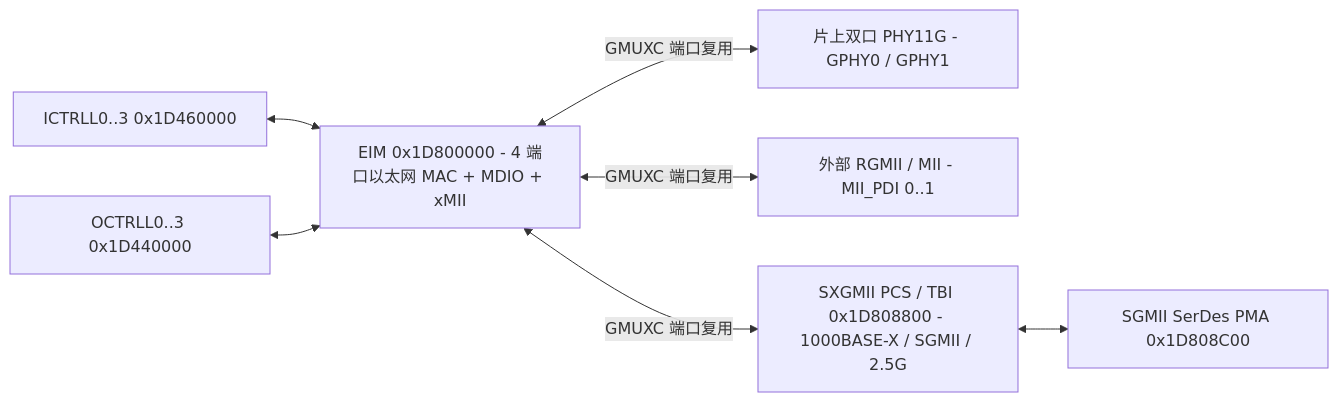
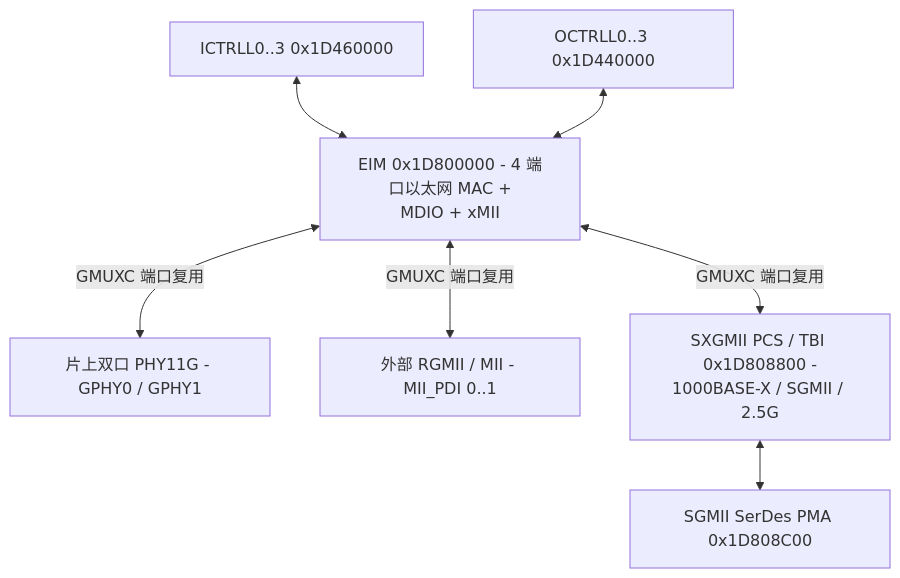
One commit to difanz/lantiq-falcon-s-docs changed the diagram in 07_phy_and_mac/04_ethernet_mac_and_serdes.md. Above: the diagram before and after it, drawn with Mermaid. The commit also changed 33 other files, not shown here.

Commit message:
Improve diagram readability and adopt the Material theme

````diff
--- a/07_phy_and_mac/04_ethernet_mac_and_serdes.md
+++ b/07_phy_and_mac/04_ethernet_mac_and_serdes.md
@@ -16,9 +16,9 @@
 ```mermaid
-flowchart LR
-    ICTRLL["ICTRLL0..3 0x1D460000"] <--> EIM["EIM 0x1D800000 - 4 端口以太网 MAC + MDIO + xMII"]
+flowchart TD
+    ICTRLL["ICTRLL0..3 0x1D460000"] <--> EIM["EIM 0x1D800000 - 4 端口以太网 MAC +<br/>MDIO + xMII"]
     OCTRLL["OCTRLL0..3 0x1D440000"] <--> EIM
     EIM <-->|GMUXC 端口复用| GPHY["片上双口 PHY11G - GPHY0 / GPHY1"]
     EIM <-->|GMUXC 端口复用| XMII["外部 RGMII / MII - MII_PDI 0..1"]
-    EIM <-->|GMUXC 端口复用| SXGMII["SXGMII PCS / TBI 0x1D808800 - 1000BASE-X / SGMII / 2.5G"]
+    EIM <-->|GMUXC 端口复用| SXGMII["SXGMII PCS / TBI 0x1D808800 -<br/>1000BASE-X / SGMII / 2.5G"]
     SXGMII <--> SGMII["SGMII SerDes PMA 0x1D808C00"]
 ```
````
